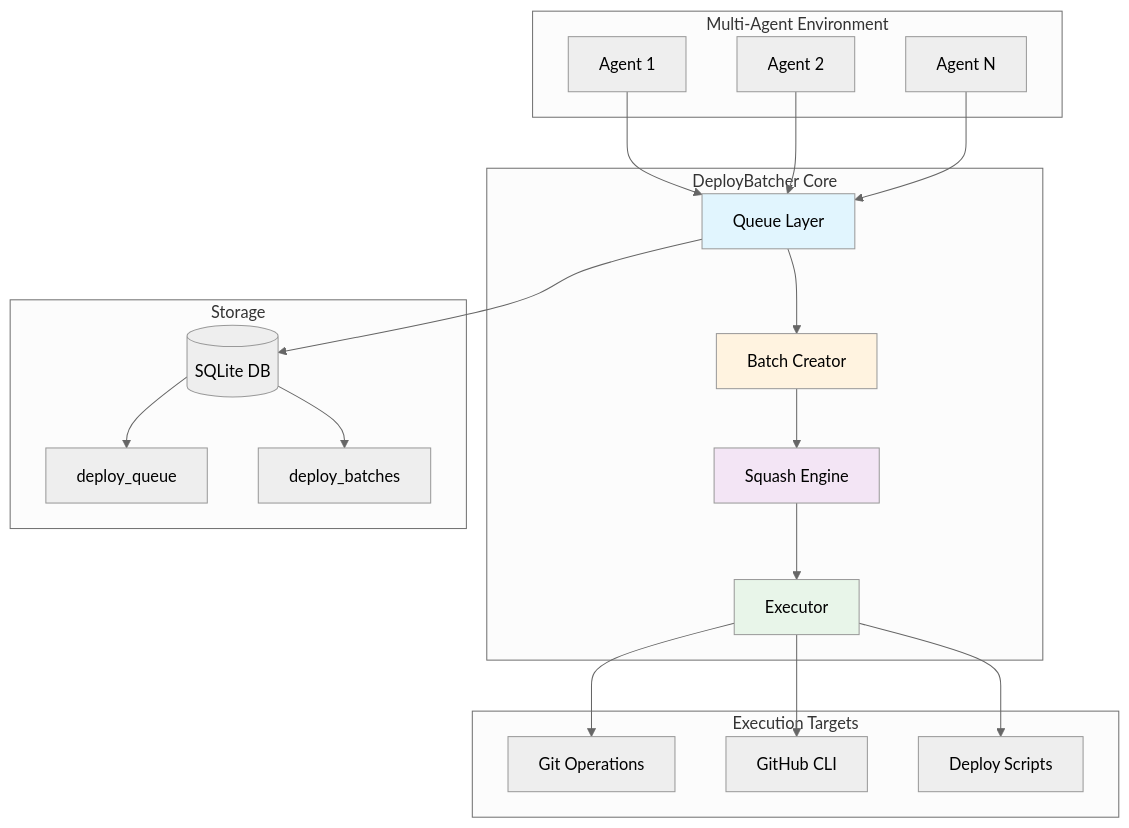
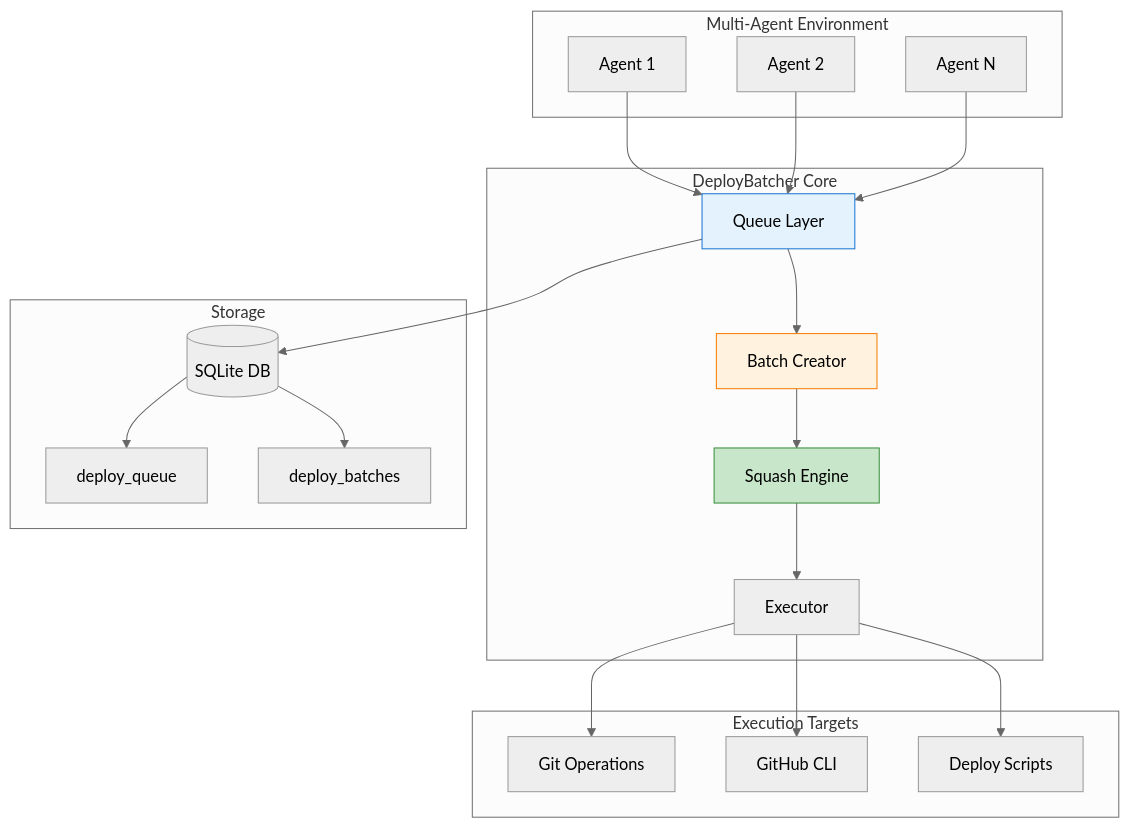
One commit to DammianMiller/universal-agent-protocol changed the first of 2 diagrams in docs/deployment/DEPLOY_BATCHER_ANALYSIS.md. Above: the diagram before and after it, drawn with Mermaid (neutral theme). The commit also changed other lines of this file and 112 other files, not shown here.

````diff
--- a/docs/deployment/DEPLOY_BATCHER_ANALYSIS.md
+++ b/docs/deployment/DEPLOY_BATCHER_ANALYSIS.md
@@ -45,48 +30,47 @@
 ```mermaid
-graph TB
+flowchart TB
     subgraph "Multi-Agent Environment"
         A1[Agent 1]
         A2[Agent 2]
         A3[Agent N]
     end
 
     subgraph "DeployBatcher Core"
         Q[Queue Layer]
         B[Batch Creator]
         S[Squash Engine]
         E[Executor]
     end
 
     subgraph "Storage"
         DB[(SQLite DB)]
         DQ[deploy_queue]
         DBT[deploy_batches]
     end
 
     subgraph "Execution Targets"
         GIT[Git Operations]
         GH[GitHub CLI]
         DEPLOY[Deploy Scripts]
     end
 
     A1 --> Q
     A2 --> Q
     A3 --> Q
     
     Q --> DB
     DB --> DQ
     DB --> DBT
     
     Q --> B
     B --> S
     S --> E
     
     E --> GIT
     E --> GH
     E --> DEPLOY
 
-    style Q fill:#e1f5fe
-    style B fill:#fff3e0
-    style S fill:#f3e5f5
-    style E fill:#e8f5e9
+    style Q fill:#e3f2fd,stroke:#1976d2
+    style B fill:#fff3e0,stroke:#f57c00
+    style S fill:#c8e6c9,stroke:#388e3c
 ```
````
